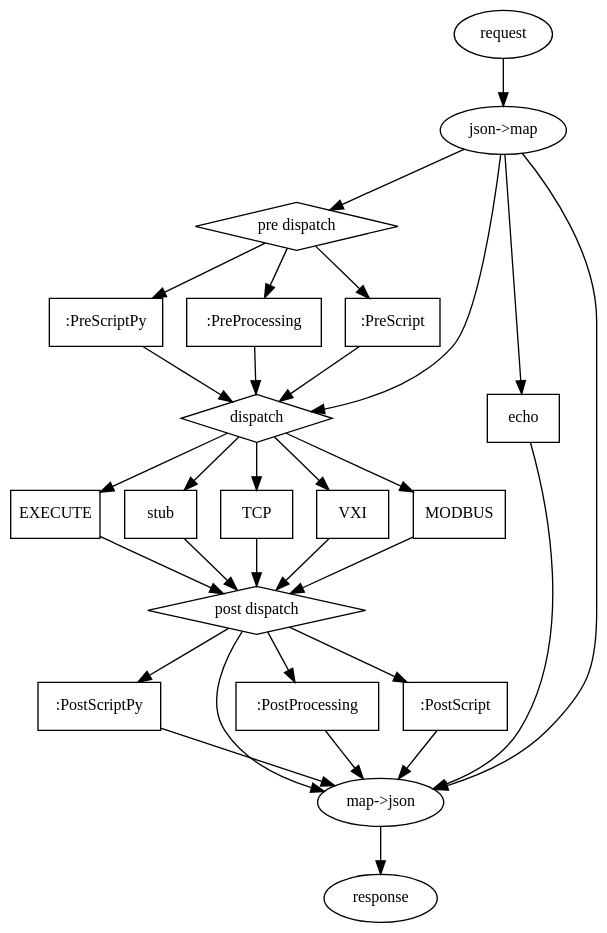
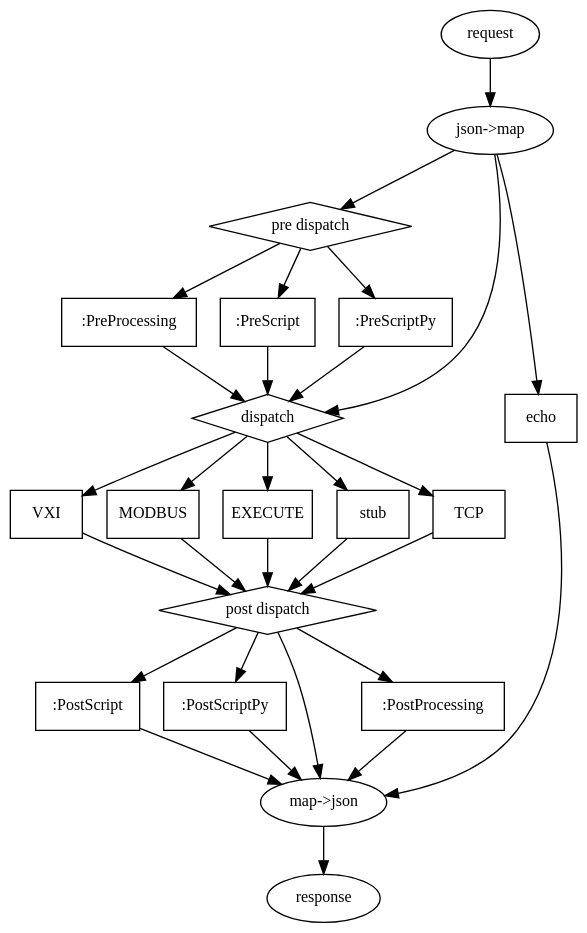
One commit to wactbprot/devhub changed the diagram in docs/req-res.dot. Above: the diagram before and after it, drawn with Graphviz. The commit also changed 1 other file, not shown here.

```diff
--- a/docs/req-res.dot
+++ b/docs/req-res.dot
@@ -1,80 +1,76 @@
 digraph  regexp {
         
         bgcolor=transparent                                                             
         node[//color=lightgray,
              //fontcolor=white,
              fontname="Ubuntu",
 	     fontsize=12]
         edge[
              fontname="Ubuntu",
              //color=lightgray
              ]
 
         req [label="request", URL="", tooltip="incomming request"];
         res [label="response", URL="", tooltip="outgoing response"];  
         j2m [label="json->map", URL="", tooltip="decode json to clojure map"];
 
         pre [shape=diamond, label="pre dispatch", URL="", tooltip="pre-scripts or pre-processing"];
         pre_js [shape=box, label=":PreProcessing", URL="", tooltip="pre-processing of js code"];
         pre_clj [shape=box, label=":PreScript", URL="", tooltip="clojure functions"]; 
         pre_py  [shape=box, label=":PreScriptPy", URL="", tooltip="pre-scripts with python3"]; 
 
         echo [shape=box, label="echo", URL="", tooltip="echo"];
         
         disp [shape=diamond, label="dispatch", URL="", tooltip="dispatch"];
         stub [shape=box, label="stub", URL="", tooltip="pre defind responses"];
         tcp [shape=box, label="TCP", URL="", tooltip="requests to tcp devices"];
         vxi [shape=box, label="VXI", URL="", tooltip="requests to vxi devices"];
         modbus [shape=box, label="MODBUS", URL="", tooltip="requests to modbus devices"];
         exec [shape=box, label="EXECUTE", URL="", tooltip="execution of commands"];
-        
         
         post [shape=diamond, label="post dispatch", URL="", tooltip="post-scripts or post-processing"];
         post_js [shape=box, label=":PostProcessing", URL="", tooltip="post-processing of js code"];
         post_clj [shape=box, label=":PostScript", URL="", tooltip="clojure functions"]; 
         post_py  [shape=box, label=":PostScriptPy", URL="", tooltip="post-scripts with python3"]; 
 
         m2j [label="map->json", URL="", tooltip="clojure map to decode json"];
         
         req -> j2m
         j2m -> disp
 
         j2m -> echo
         echo -> m2j
         
         j2m -> pre
         pre -> pre_js
         pre -> pre_py
         pre -> pre_clj
         
         pre_js ->disp
         pre_py ->disp
         pre_clj->disp
 
         disp -> stub
 
         disp -> tcp
         disp -> vxi
         disp -> exec
         disp -> modbus
 
         tcp   -> post
         vxi   -> post
         exec  -> post
         modbus-> post        
         stub -> post
 
         post -> m2j
         post -> post_js
         post -> post_py
         post -> post_clj
 
         post_js -> m2j
         post_py -> m2j
         post_clj-> m2j
-        
-        j2m -> m2j
-
-        
+               
         m2j -> res
 }
```
